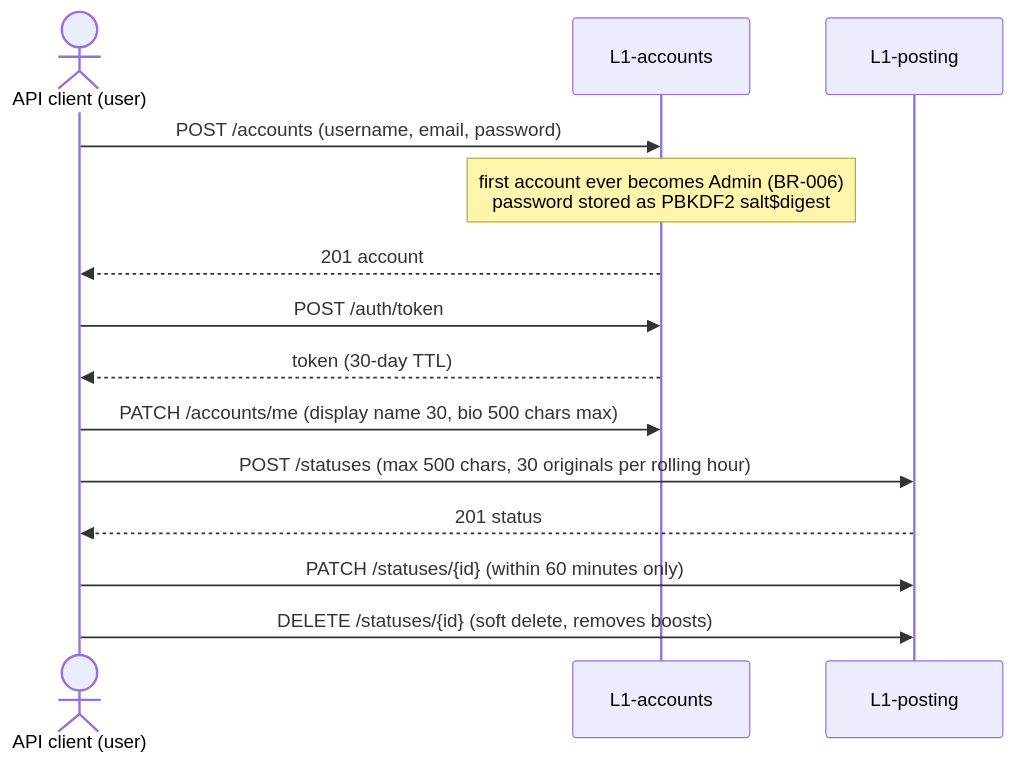
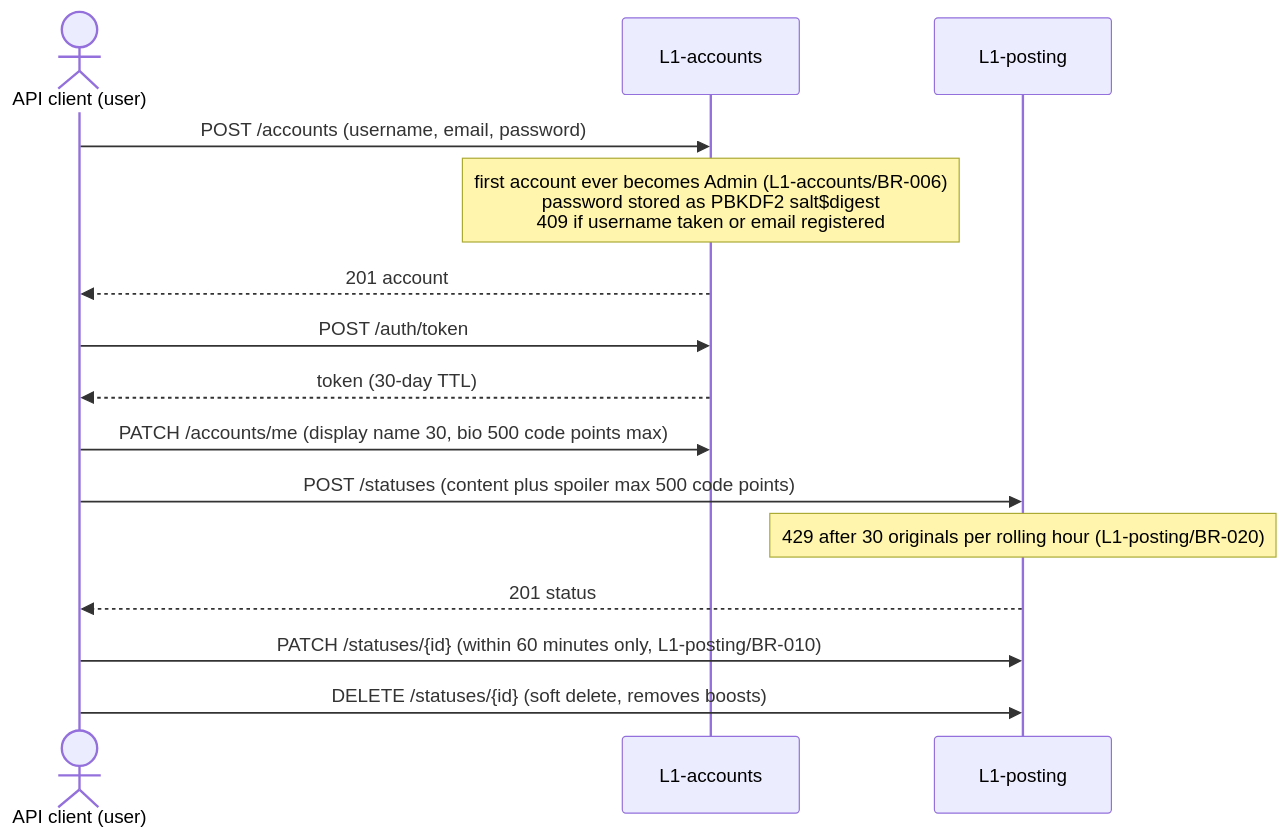
The first of 5 diagrams in .mw/runs/REBUILD-MINIDON/research/flows/journeys.md (kurtistw/minidon-context), drawn with Mermaid before and after one commit. The commit also changed other lines of this file and 27 other files, not shown here.

````diff
--- a/.mw/runs/REBUILD-MINIDON/research/flows/journeys.md
+++ b/.mw/runs/REBUILD-MINIDON/research/flows/journeys.md
@@ -12,16 +22,17 @@
 ```mermaid
 sequenceDiagram
   actor U as API client (user)
   participant A as L1-accounts
   participant P as L1-posting
   U->>A: POST /accounts (username, email, password)
-  Note over A: first account ever becomes Admin (BR-006)<br/>password stored as PBKDF2 salt$digest
+  Note over A: first account ever becomes Admin (L1-accounts/BR-006)<br/>password stored as PBKDF2 salt$digest<br/>409 if username taken or email registered
   A-->>U: 201 account
   U->>A: POST /auth/token
   A-->>U: token (30-day TTL)
-  U->>A: PATCH /accounts/me (display name 30, bio 500 chars max)
-  U->>P: POST /statuses (max 500 chars, 30 originals per rolling hour)
+  U->>A: PATCH /accounts/me (display name 30, bio 500 code points max)
+  U->>P: POST /statuses (content plus spoiler max 500 code points)
+  Note over P: 429 after 30 originals per rolling hour (L1-posting/BR-020)
   P-->>U: 201 status
-  U->>P: PATCH /statuses/{id} (within 60 minutes only)
+  U->>P: PATCH /statuses/{id} (within 60 minutes only, L1-posting/BR-010)
   U->>P: DELETE /statuses/{id} (soft delete, removes boosts)
 ```
````
